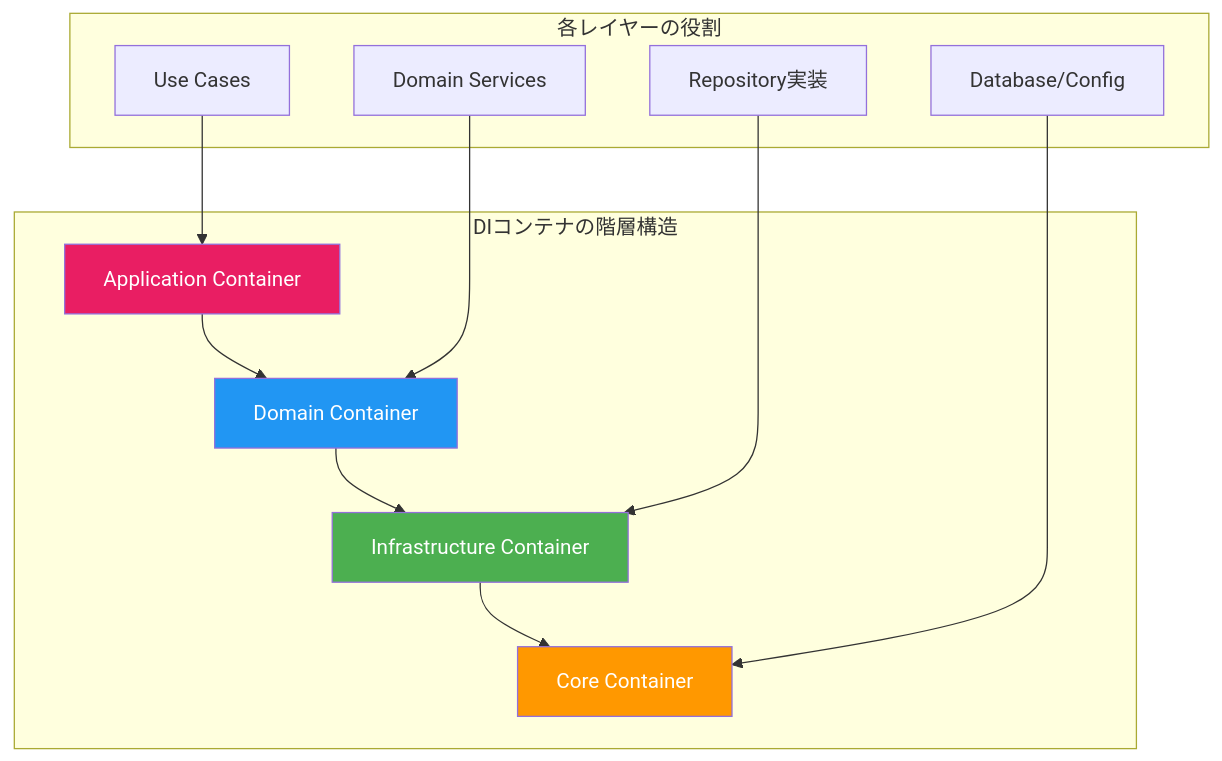
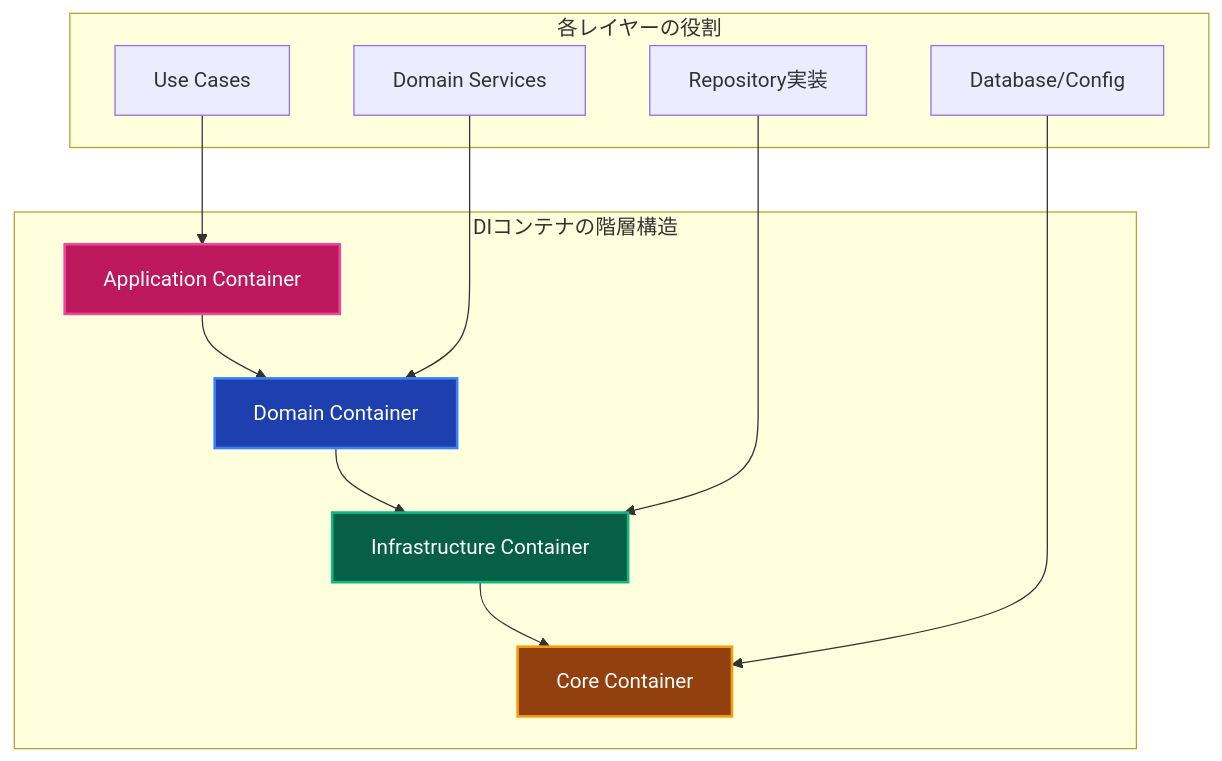
Before and after one commit to derushio/d-next-ddd-example: the fourth of 12 diagrams in _DOCS/guides/ddd/concepts/whats-di.md, drawn with Mermaid. The commit also changed other lines of this file and 31 other files, not shown here.

Commit message:
🎨: DOCSのMermaid図表カラーテーマを暗色に統一し視認性を向上

````diff
--- a/_DOCS/guides/ddd/concepts/whats-di.md
+++ b/_DOCS/guides/ddd/concepts/whats-di.md
@@ -186,20 +186,20 @@
 ```mermaid
 graph TD
     subgraph "DIコンテナの階層構造"
         A[Application Container] --> B[Domain Container]
         B --> C[Infrastructure Container] 
         C --> D[Core Container]
     end
     
     subgraph "各レイヤーの役割"
         E[Use Cases] --> A
         F[Domain Services] --> B
         G[Repository実装] --> C
         H[Database/Config] --> D
     end
     
-    style A fill:#e91e63,color:#fff
-    style B fill:#2196f3,color:#fff
-    style C fill:#4caf50,color:#fff
-    style D fill:#ff9800,color:#fff
+    style A fill:#be185d,stroke:#ec4899,stroke-width:2px,color:#ffffff
+    style B fill:#1e40af,stroke:#3b82f6,stroke-width:2px,color:#ffffff
+    style C fill:#065f46,stroke:#10b981,stroke-width:2px,color:#ffffff
+    style D fill:#92400e,stroke:#f59e0b,stroke-width:2px,color:#ffffff
 ```
````
